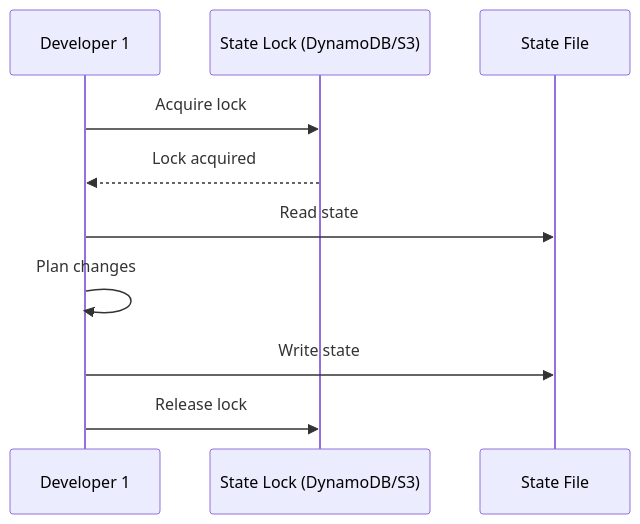
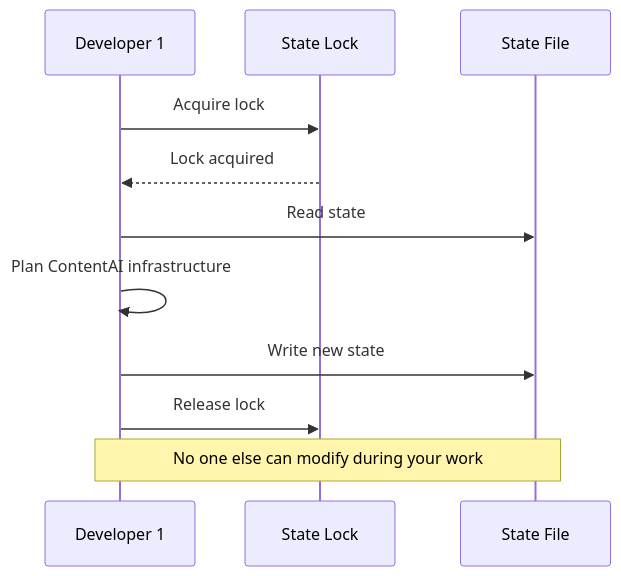
Before and after one commit to PearlThoughtsInternship/Internship-Obsidian-Vault: the third of 4 diagrams in DevOps/02-Engineering/02-Infrastructure-as-Code.md, drawn with Mermaid. The commit also changed other lines of this file, not shown here.

First line of the commit message:
Add ContentAI product-first context to documentation

````diff
--- a/DevOps/02-Engineering/02-Infrastructure-as-Code.md
+++ b/DevOps/02-Engineering/02-Infrastructure-as-Code.md
@@ -366,13 +365,15 @@
 ```mermaid
 sequenceDiagram
-    participant User1 as Developer 1
-    participant Lock as State Lock (DynamoDB/S3)
+    participant You as Developer 1
+    participant Lock as State Lock
     participant State as State File
 
-    User1->>Lock: Acquire lock
-    Lock-->>User1: Lock acquired
-    User1->>State: Read state
-    User1->>User1: Plan changes
-    User1->>State: Write state
-    User1->>Lock: Release lock
+    You->>Lock: Acquire lock
+    Lock-->>You: Lock acquired
+    You->>State: Read state
+    You->>You: Plan ContentAI infrastructure
+    You->>State: Write new state
+    You->>Lock: Release lock
+
+    Note over You,State: No one else can modify during your work
 ```
````
